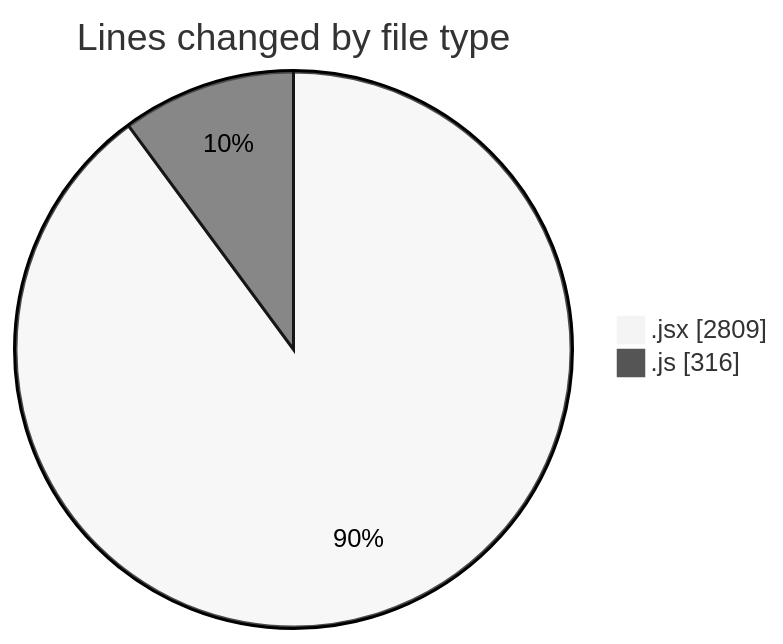
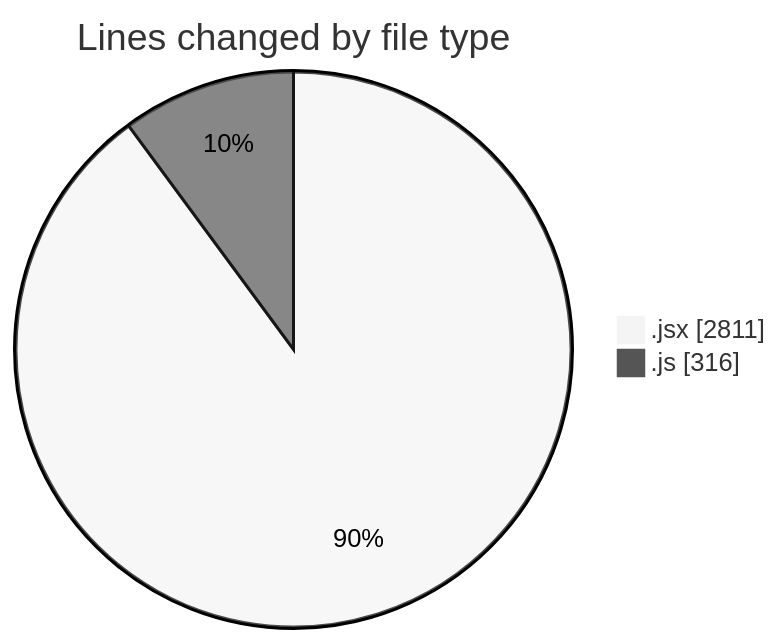
The first of 2 diagrams in 2025-07-10/argos/README.md (nxtqubesakshisongat/code-tracking), drawn with Mermaid (neutral theme) before and after one commit. The commit also changed other lines of this file and 1 other file, not shown here.

````diff
--- a/2025-07-10/argos/README.md
+++ b/2025-07-10/argos/README.md
@@ -25,6 +25,6 @@
 ```mermaid
 pie showData
 title Lines changed by file type
-".jsx" : 2809
+".jsx" : 2811
 ".js" : 316
 ```
````
